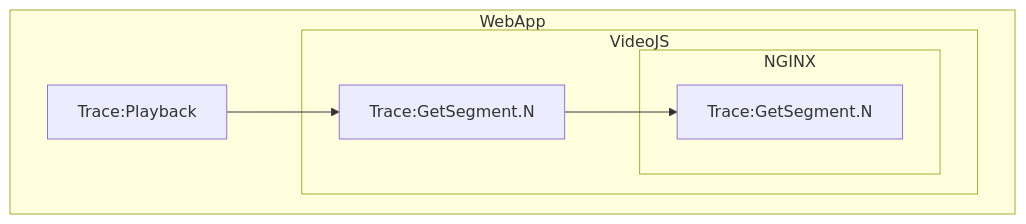
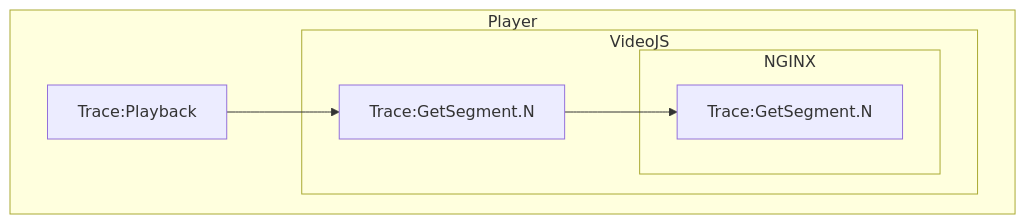
Before and after one commit to ty-elastic/videojs_observability: the second of 3 diagrams in README.md, drawn with Mermaid.

````diff
--- a/README.md
+++ b/README.md
@@ -79,12 +79,12 @@
 ```mermaid
 flowchart TB
-    subgraph WebApp
+    subgraph Player
     TVP[Trace:Playback]-->TVS[Trace:GetSegment.N]
     subgraph VideoJS
     TVS-->TNS[Trace:GetSegment.N]
     subgraph NGINX
     TNS
     end
     end
     end
 ```
````
